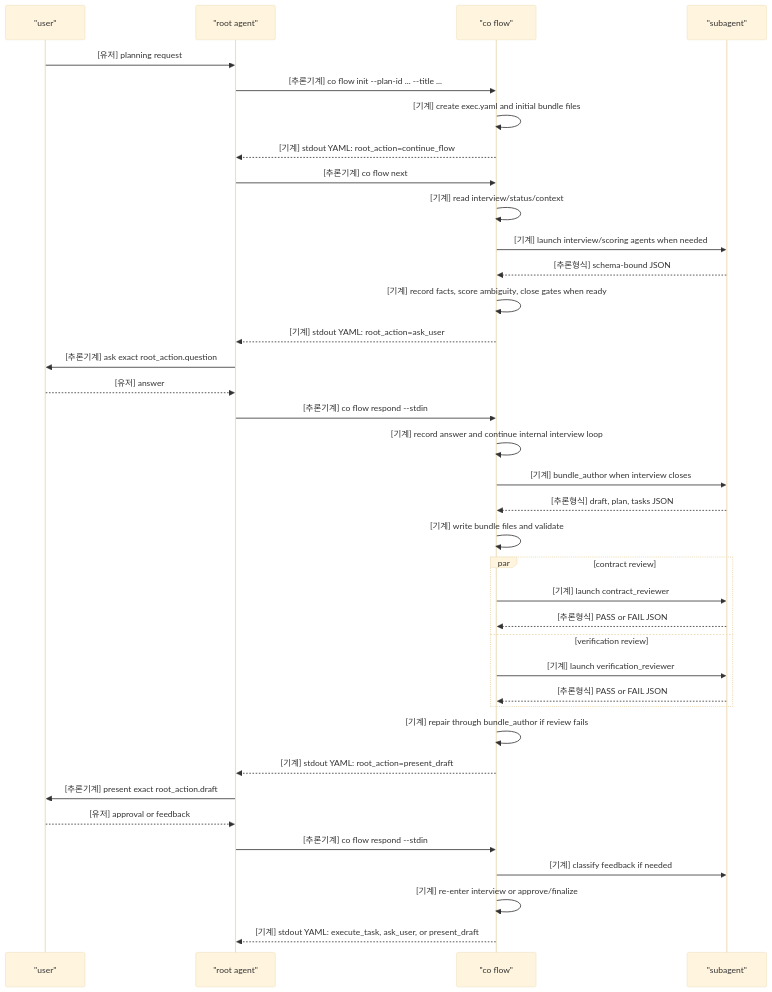
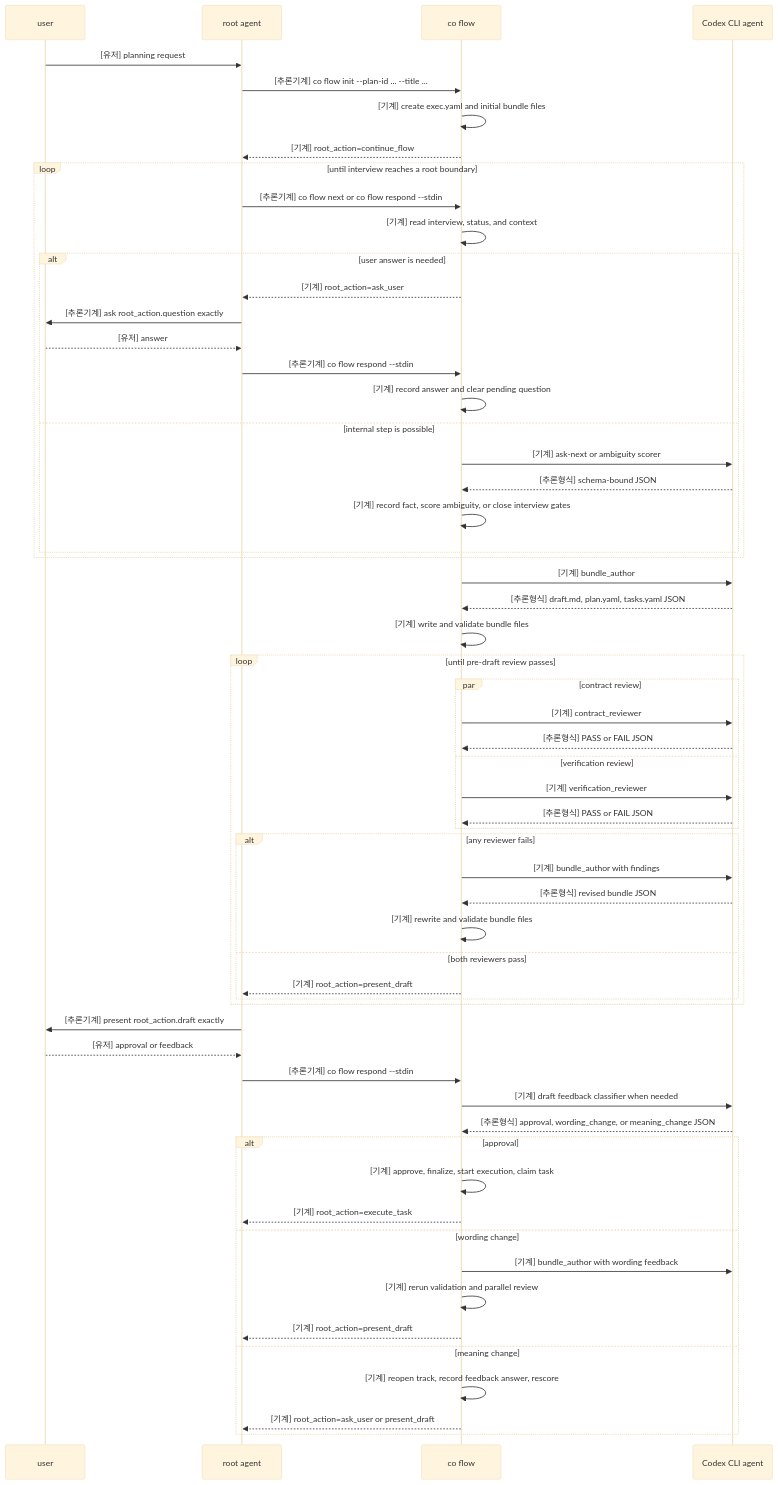
Before and after one commit to mym0404/coflow: the first of 2 diagrams in COPLAN.md, drawn with Mermaid (base theme). The commit also changed other lines of this file and 6 other files, not shown here.

````diff
--- a/COPLAN.md
+++ b/COPLAN.md
@@ -6,44 +8,66 @@
 ```mermaid
 sequenceDiagram
-  participant User as "user"
-  participant Root as "root agent"
-  participant Co as "co flow"
-  participant Sub as "subagent"
+  participant User as user
+  participant Root as root agent
+  participant Co as co flow
+  participant Agent as Codex CLI agent
 
   User->>Root: [유저] planning request
   Root->>Co: [추론기계] co flow init --plan-id ... --title ...
   Co->>Co: [기계] create exec.yaml and initial bundle files
-  Co-->>Root: [기계] stdout YAML: root_action=continue_flow
+  Co-->>Root: [기계] root_action=continue_flow
 
-  Root->>Co: [추론기계] co flow next
-  Co->>Co: [기계] read interview/status/context
-  Co->>Sub: [기계] launch interview/scoring agents when needed
-  Sub-->>Co: [추론형식] schema-bound JSON
-  Co->>Co: [기계] record facts, score ambiguity, close gates when ready
-  Co-->>Root: [기계] stdout YAML: root_action=ask_user
+  loop until interview reaches a root boundary
+    Root->>Co: [추론기계] co flow next or co flow respond --stdin
+    Co->>Co: [기계] read interview, status, and context
+    alt user answer is needed
+      Co-->>Root: [기계] root_action=ask_user
+      Root->>User: [추론기계] ask root_action.question exactly
+      User-->>Root: [유저] answer
+      Root->>Co: [추론기계] co flow respond --stdin
+      Co->>Co: [기계] record answer and clear pending question
+    else internal step is possible
+      Co->>Agent: [기계] ask-next or ambiguity scorer
+      Agent-->>Co: [추론형식] schema-bound JSON
+      Co->>Co: [기계] record fact, score ambiguity, or close interview gates
+    end
+  end
 
-  Root->>User: [추론기계] ask exact root_action.question
-  User-->>Root: [유저] answer
-  Root->>Co: [추론기계] co flow respond --stdin
-  Co->>Co: [기계] record answer and continue internal interview loop
+  Co->>Agent: [기계] bundle_author
+  Agent-->>Co: [추론형식] draft.md, plan.yaml, tasks.yaml JSON
+  Co->>Co: [기계] write and validate bundle files
 
-  Co->>Sub: [기계] bundle_author when interview closes
-  Sub-->>Co: [추론형식] draft, plan, tasks JSON
-  Co->>Co: [기계] write bundle files and validate
-  par contract review
-    Co->>Sub: [기계] launch contract_reviewer
-    Sub-->>Co: [추론형식] PASS or FAIL JSON
-  and verification review
-    Co->>Sub: [기계] launch verification_reviewer
-    Sub-->>Co: [추론형식] PASS or FAIL JSON
+  loop until pre-draft review passes
+    par contract review
+      Co->>Agent: [기계] contract_reviewer
+      Agent-->>Co: [추론형식] PASS or FAIL JSON
+    and verification review
+      Co->>Agent: [기계] verification_reviewer
+      Agent-->>Co: [추론형식] PASS or FAIL JSON
+    end
+    alt any reviewer fails
+      Co->>Agent: [기계] bundle_author with findings
+      Agent-->>Co: [추론형식] revised bundle JSON
+      Co->>Co: [기계] rewrite and validate bundle files
+    else both reviewers pass
+      Co-->>Root: [기계] root_action=present_draft
+    end
   end
-  Co->>Co: [기계] repair through bundle_author if review fails
-  Co-->>Root: [기계] stdout YAML: root_action=present_draft
 
-  Root->>User: [추론기계] present exact root_action.draft
+  Root->>User: [추론기계] present root_action.draft exactly
   User-->>Root: [유저] approval or feedback
   Root->>Co: [추론기계] co flow respond --stdin
-  Co->>Sub: [기계] classify feedback if needed
-  Co->>Co: [기계] re-enter interview or approve/finalize
-  Co-->>Root: [기계] stdout YAML: execute_task, ask_user, or present_draft
+  Co->>Agent: [기계] draft feedback classifier when needed
+  Agent-->>Co: [추론형식] approval, wording_change, or meaning_change JSON
+  alt approval
+    Co->>Co: [기계] approve, finalize, start execution, claim task
+    Co-->>Root: [기계] root_action=execute_task
+  else wording change
+    Co->>Agent: [기계] bundle_author with wording feedback
+    Co->>Co: [기계] rerun validation and parallel review
+    Co-->>Root: [기계] root_action=present_draft
+  else meaning change
+    Co->>Co: [기계] reopen track, record feedback answer, rescore
+    Co-->>Root: [기계] root_action=ask_user or present_draft
+  end
 ```
````
